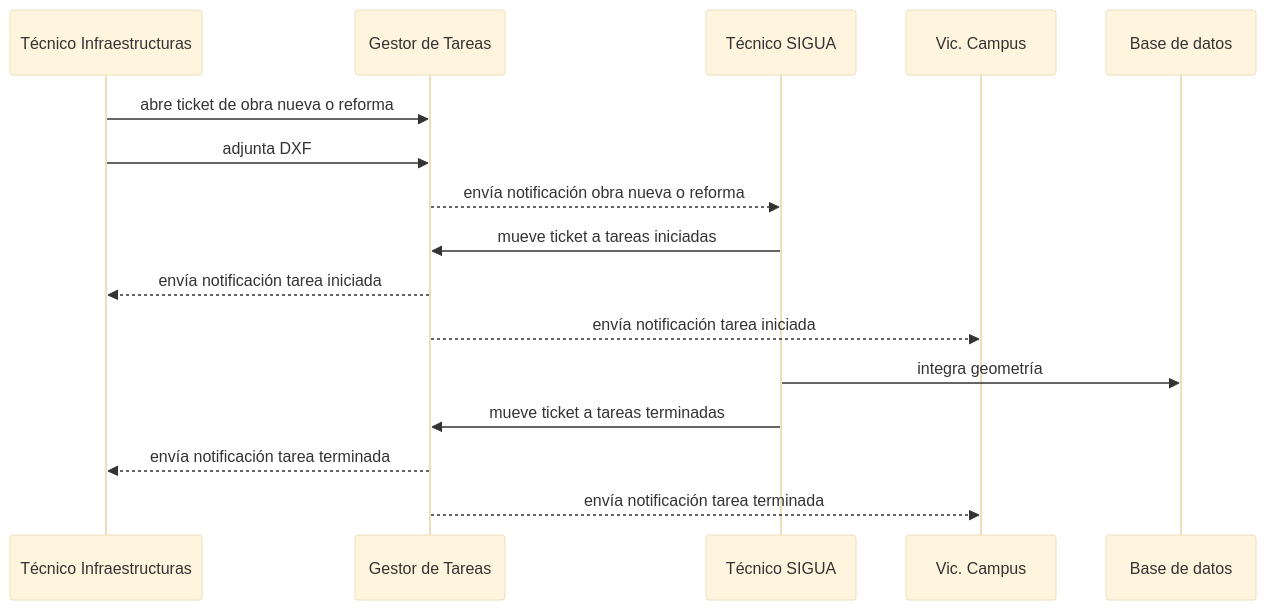
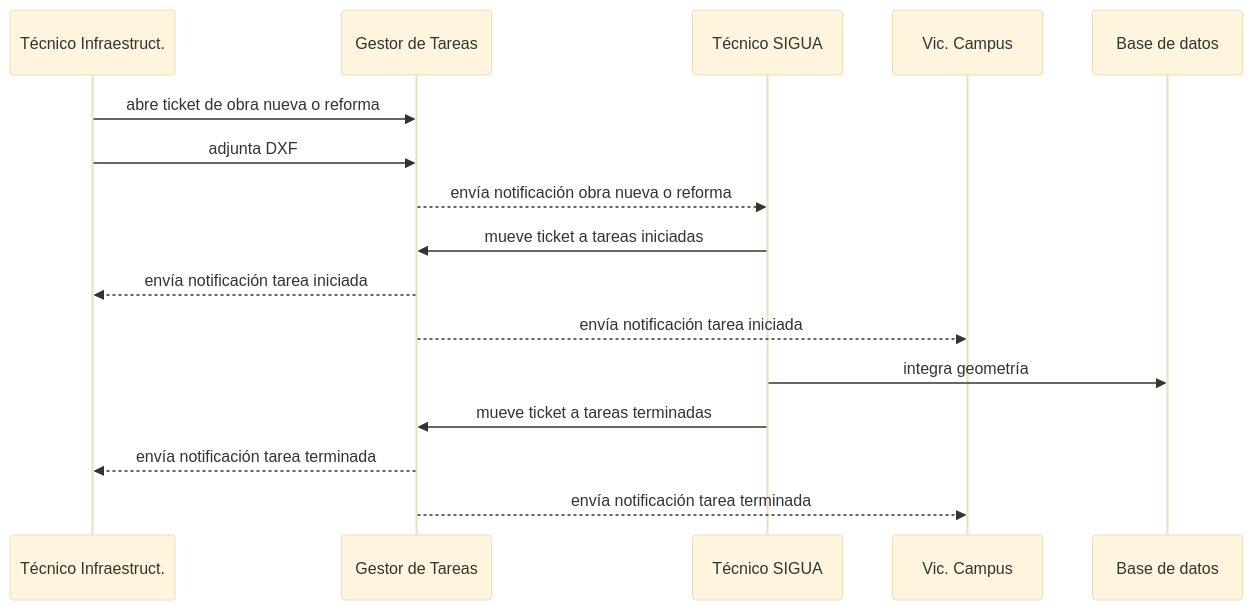
Before and after one commit to labgeo/ua-mods: the diagram in ds01-2.md, drawn with Mermaid (base theme).

```diff
--- a/ds01-2.md
+++ b/ds01-2.md
@@ -5,13 +5,13 @@
 {% mermaid %}
 sequenceDiagram;
-  Técnico Infraestructuras->>Gestor de Tareas: abre ticket de obra nueva o reforma;
-  Técnico Infraestructuras->>Gestor de Tareas: adjunta DXF;
+  Técnico Infraestruct.->>Gestor de Tareas: abre ticket de obra nueva o reforma;
+  Técnico Infraestruct.->>Gestor de Tareas: adjunta DXF;
   Gestor de Tareas-->>Técnico SIGUA: envía notificación obra nueva o reforma;
   Técnico SIGUA->>Gestor de Tareas: mueve ticket a tareas iniciadas;
-  Gestor de Tareas-->>Técnico Infraestructuras: envía notificación tarea iniciada;
+  Gestor de Tareas-->>Técnico Infraestruct.: envía notificación tarea iniciada;
   Gestor de Tareas-->>Vic. Campus: envía notificación tarea iniciada;
   Técnico SIGUA->>Base de datos: integra geometría;
   Técnico SIGUA->>Gestor de Tareas: mueve ticket a tareas terminadas;
-  Gestor de Tareas-->>Técnico Infraestructuras: envía notificación tarea terminada;
+  Gestor de Tareas-->>Técnico Infraestruct.: envía notificación tarea terminada;
   Gestor de Tareas-->>Vic. Campus: envía notificación tarea terminada;
 {% endmermaid %}
```
